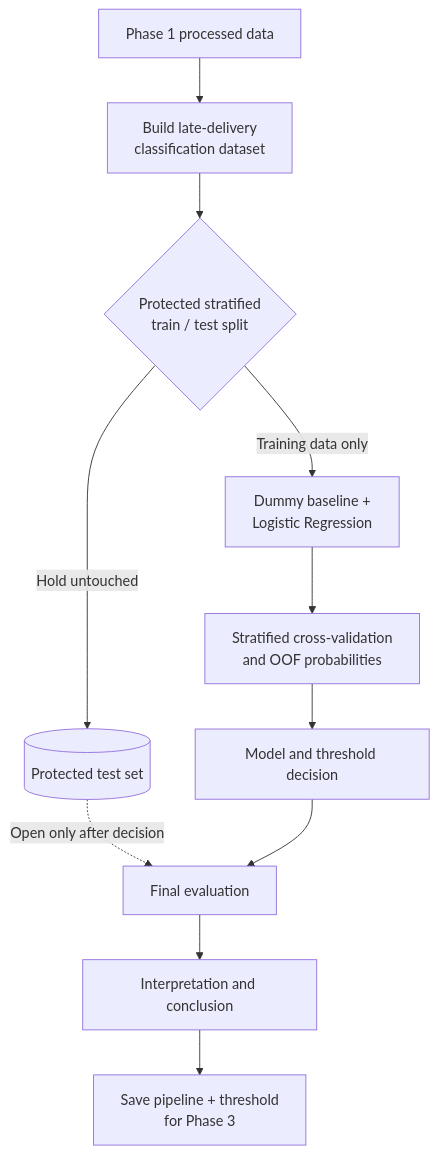
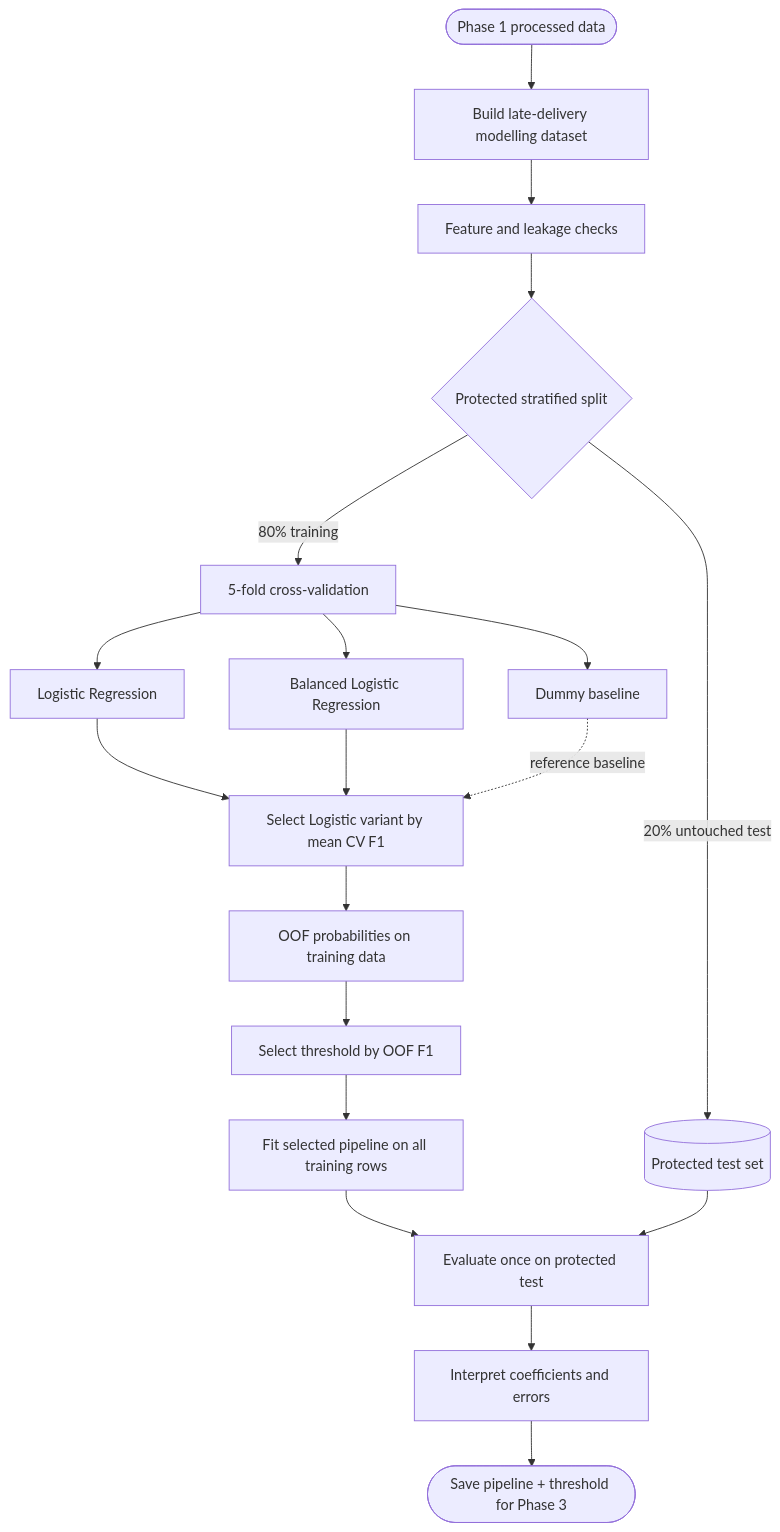
One commit to Voycepeh/Team01_IT5006_Ecommerce_Analytics_AY2627Sem1 changed the first of 2 diagrams in docs/phase2-classification-workflow.md. Above: the diagram before and after it, drawn with Mermaid. The commit also changed other lines of this file and 1 other file, not shown here.

First line of the commit message:
Test Phase 2 classification notebook end to end (#26)

````diff
--- a/docs/phase2-classification-workflow.md
+++ b/docs/phase2-classification-workflow.md
@@ -42,16 +15,23 @@
 ```mermaid
 flowchart TD
-    P1[Phase 1 processed data] --> BUILD[Build late-delivery<br/>classification dataset]
-    BUILD --> SPLIT{Protected stratified<br/>train / test split}
+    A([Phase 1 processed data]) --> B[Build late-delivery modelling dataset]
+    B --> C[Feature and leakage checks]
+    C --> D{Protected stratified split}
 
-    SPLIT -->|Training data only| MODELS[Dummy baseline +<br/>Logistic Regression]
-    MODELS --> CV[Stratified cross-validation<br/>and OOF probabilities]
-    CV --> DECIDE[Model and threshold decision]
+    D -->|80% training| E[5-fold cross-validation]
+    E --> F[Dummy baseline]
+    E --> G[Logistic Regression]
+    E --> H[Balanced Logistic Regression]
+    G --> I[Select Logistic variant by mean CV F1]
+    H --> I
+    F -.->|reference baseline| I
+    I --> J[OOF probabilities on training data]
+    J --> K[Select threshold by OOF F1]
 
-    SPLIT -->|Hold untouched| TEST[(Protected test set)]
-    TEST -.->|Open only after decision| FINAL[Final evaluation]
-    DECIDE --> FINAL
-
-    FINAL --> INTERPRET[Interpretation and conclusion]
-    INTERPRET --> SAVE[Save pipeline + threshold<br/>for Phase 3]
+    D -->|20% untouched test| L[(Protected test set)]
+    K --> M[Fit selected pipeline on all training rows]
+    M --> N[Evaluate once on protected test]
+    L --> N
+    N --> O[Interpret coefficients and errors]
+    O --> P([Save pipeline + threshold for Phase 3])
 ```
````
